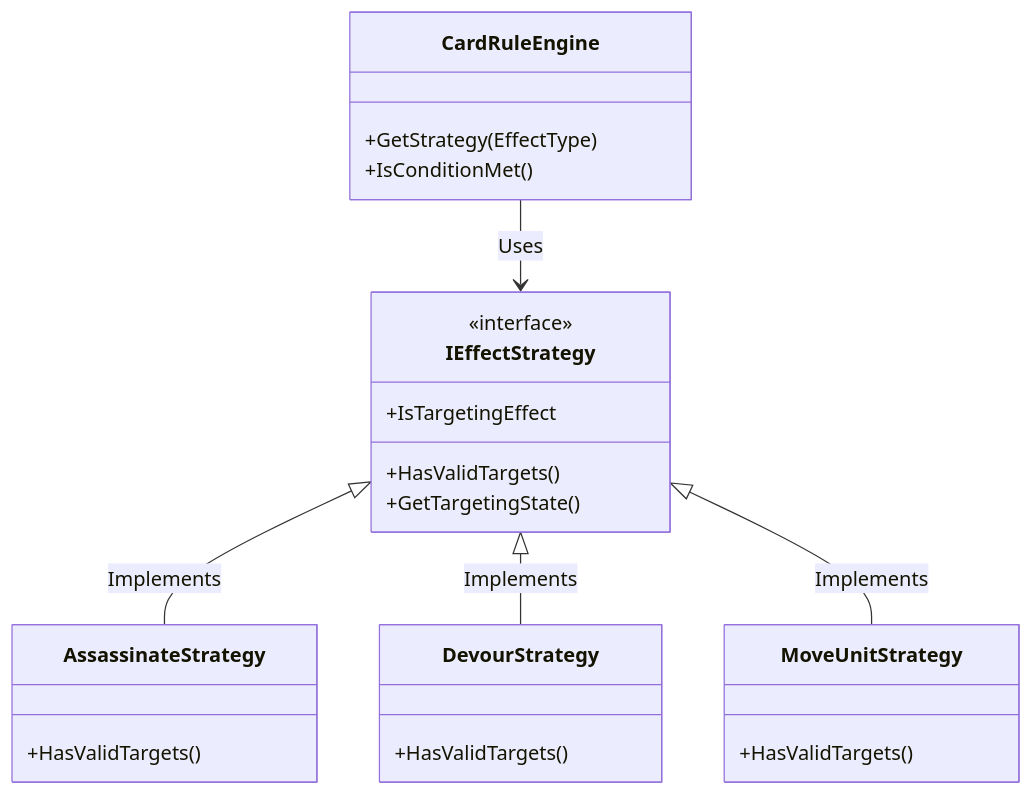
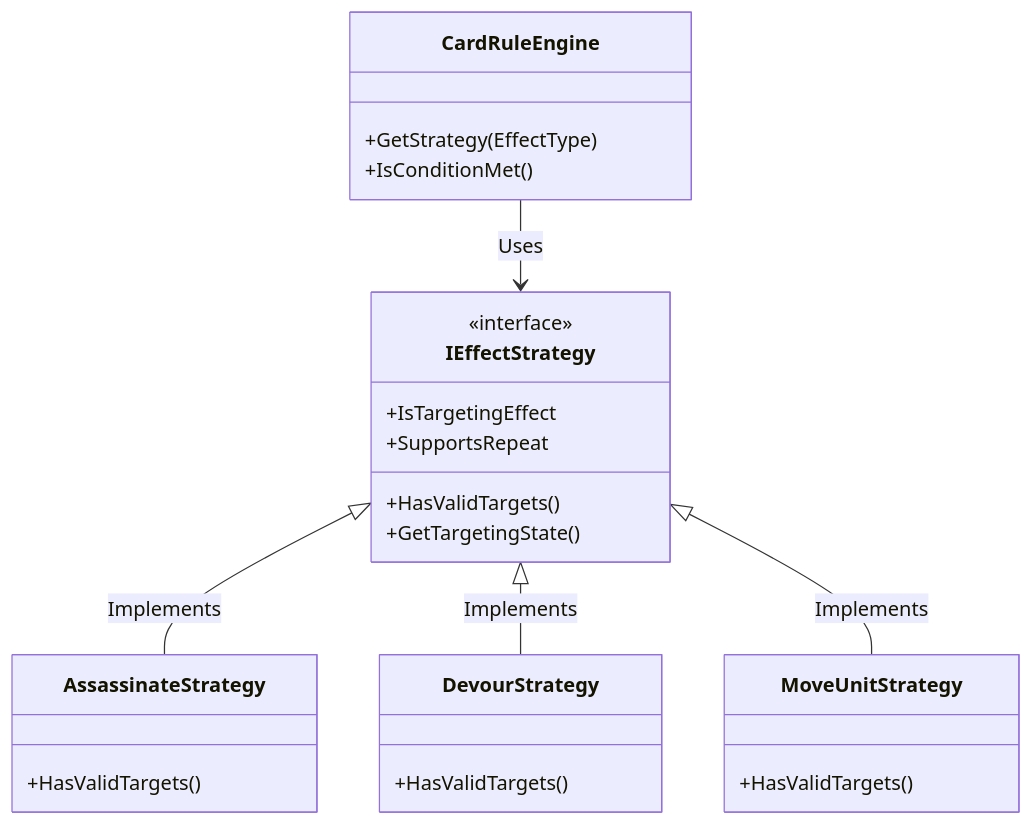
Before and after one commit to Itzoqq/ChaosWarlords: diagram 16 of 26 in docs/game-logic-flow.md, drawn with Mermaid. The commit also changed other lines of this file and 3 other files, not shown here.

````diff
--- a/docs/game-logic-flow.md
+++ b/docs/game-logic-flow.md
@@ -621,27 +630,28 @@
 ```mermaid
 classDiagram
     class CardRuleEngine {
         +GetStrategy(EffectType)
         +IsConditionMet()
     }
     class IEffectStrategy {
         <<interface>>
         +HasValidTargets()
         +GetTargetingState()
         +IsTargetingEffect
+        +SupportsRepeat
     }
     class AssassinateStrategy {
         +HasValidTargets()
     }
     class DevourStrategy {
         +HasValidTargets()
     }
     class MoveUnitStrategy {
         +HasValidTargets()
     }
 
     CardRuleEngine --> IEffectStrategy : Uses
     IEffectStrategy <|-- AssassinateStrategy : Implements
     IEffectStrategy <|-- DevourStrategy : Implements
     IEffectStrategy <|-- MoveUnitStrategy : Implements
 ```
````
